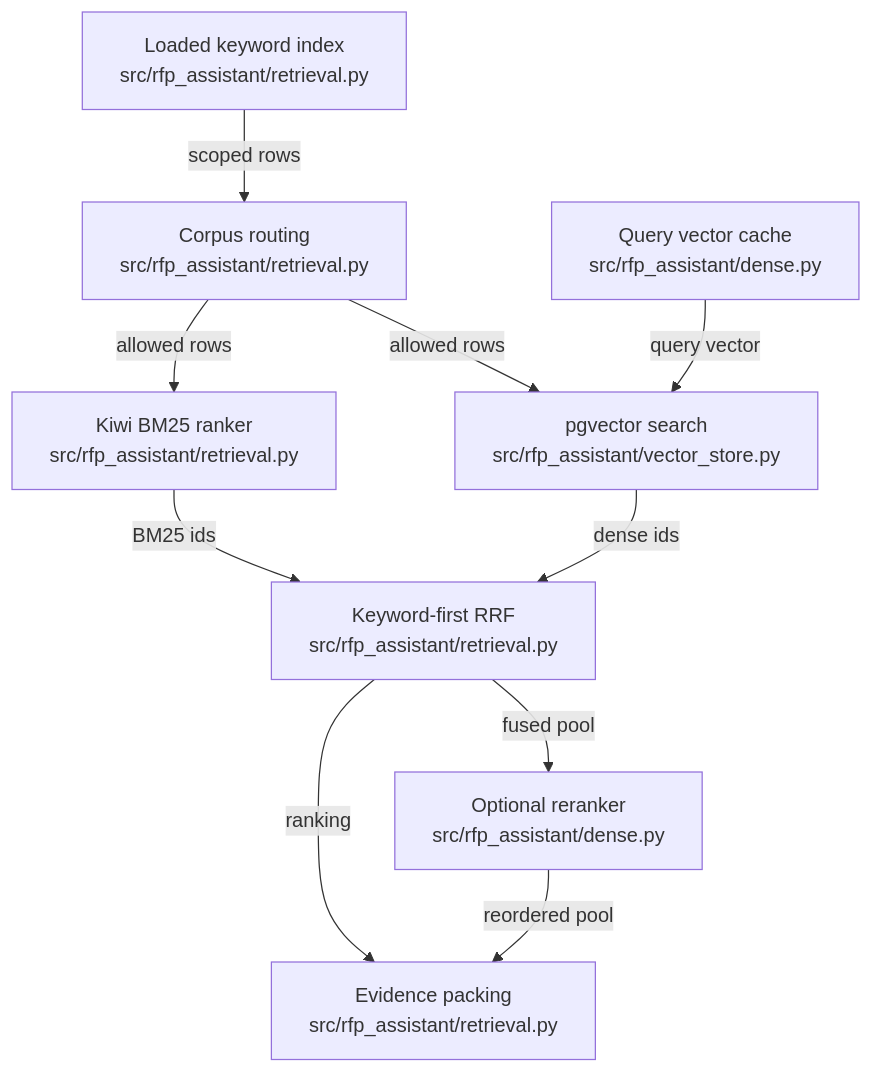
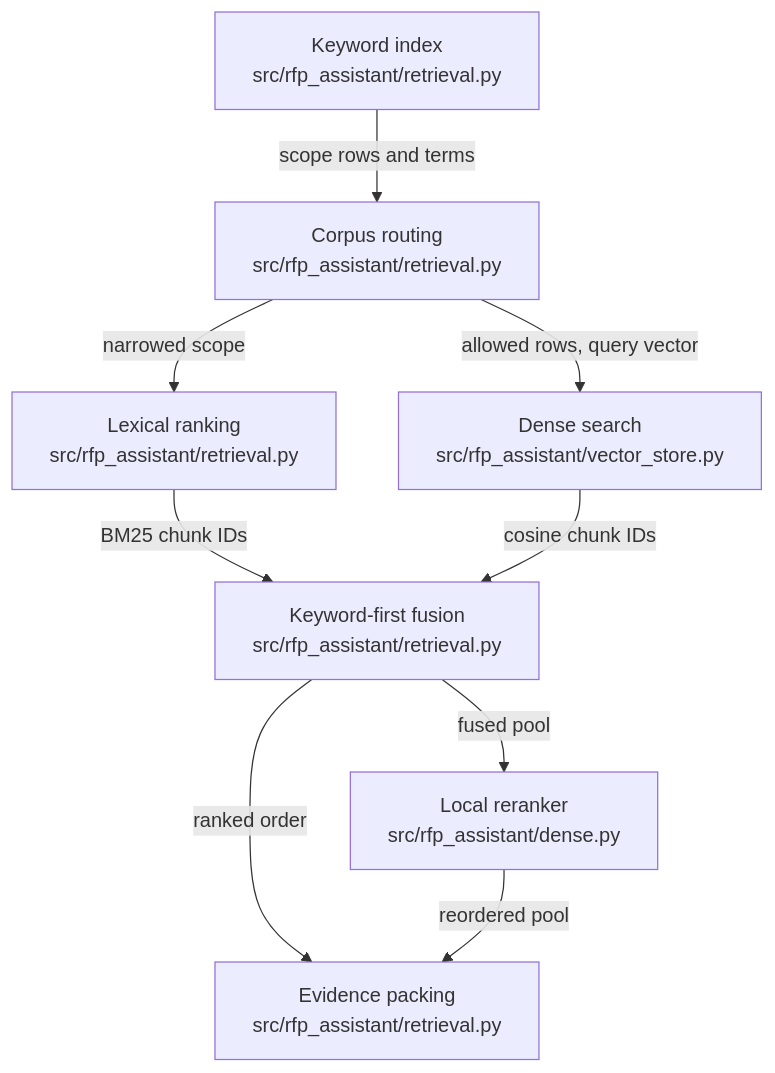
Before and after one commit to littleeeeebit/project-codeit-mid: the diagram in .omm/overall-architecture/retrieval-engine/diagram.mmd, drawn with Mermaid. The commit also changed 413 other files, not shown here.

```diff
--- a/.omm/overall-architecture/retrieval-engine/diagram.mmd
+++ b/.omm/overall-architecture/retrieval-engine/diagram.mmd
@@ -1,10 +1,9 @@
 graph TD
-  keyword-index["Loaded keyword index\nsrc/rfp_assistant/retrieval.py"] -->|"scoped rows"| corpus-router["Corpus routing\nsrc/rfp_assistant/retrieval.py"]
-  corpus-router -->|"allowed rows"| lexical-ranker["Kiwi BM25 ranker\nsrc/rfp_assistant/retrieval.py"]
-  corpus-router -->|"allowed rows"| dense-search["pgvector search\nsrc/rfp_assistant/vector_store.py"]
-  query-embedding["Query vector cache\nsrc/rfp_assistant/dense.py"] -->|"query vector"| dense-search
-  lexical-ranker -->|"BM25 ids"| rank-fusion["Keyword-first RRF\nsrc/rfp_assistant/retrieval.py"]
-  dense-search -->|"dense ids"| rank-fusion
-  rank-fusion -->|"fused pool"| local-reranker["Optional reranker\nsrc/rfp_assistant/dense.py"]
-  rank-fusion -->|"ranking"| evidence-packer["Evidence packing\nsrc/rfp_assistant/retrieval.py"]
-  local-reranker -->|"reordered pool"| evidence-packer
+  keyword-index["Keyword index\nsrc/rfp_assistant/retrieval.py"] -->|"scope rows and terms"| corpus-routing["Corpus routing\nsrc/rfp_assistant/retrieval.py"]
+  corpus-routing -->|"narrowed scope"| lexical-ranking["Lexical ranking\nsrc/rfp_assistant/retrieval.py"]
+  corpus-routing -->|"allowed rows, query vector"| dense-search["Dense search\nsrc/rfp_assistant/vector_store.py"]
+  lexical-ranking -->|"BM25 chunk IDs"| fusion["Keyword-first fusion\nsrc/rfp_assistant/retrieval.py"]
+  dense-search -->|"cosine chunk IDs"| fusion
+  fusion -->|"fused pool"| reranker["Local reranker\nsrc/rfp_assistant/dense.py"]
+  fusion -->|"ranked order"| evidence-packing["Evidence packing\nsrc/rfp_assistant/retrieval.py"]
+  reranker -->|"reordered pool"| evidence-packing
```
